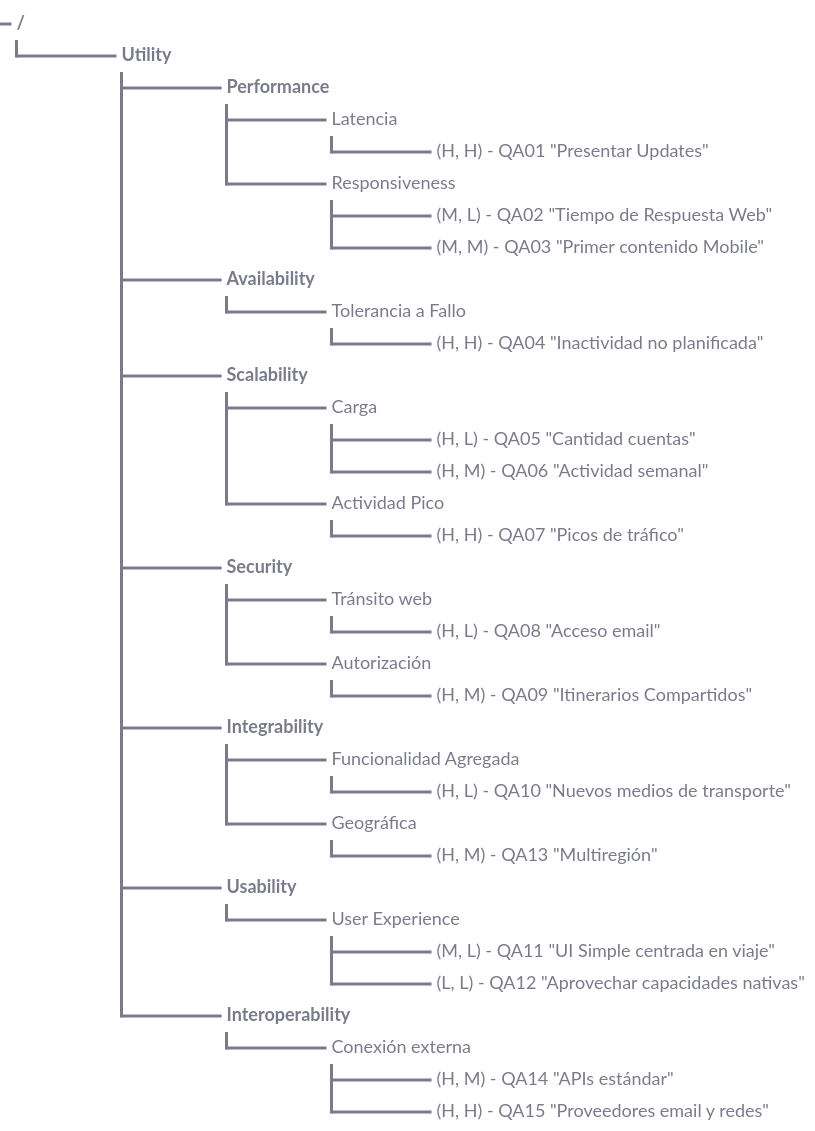
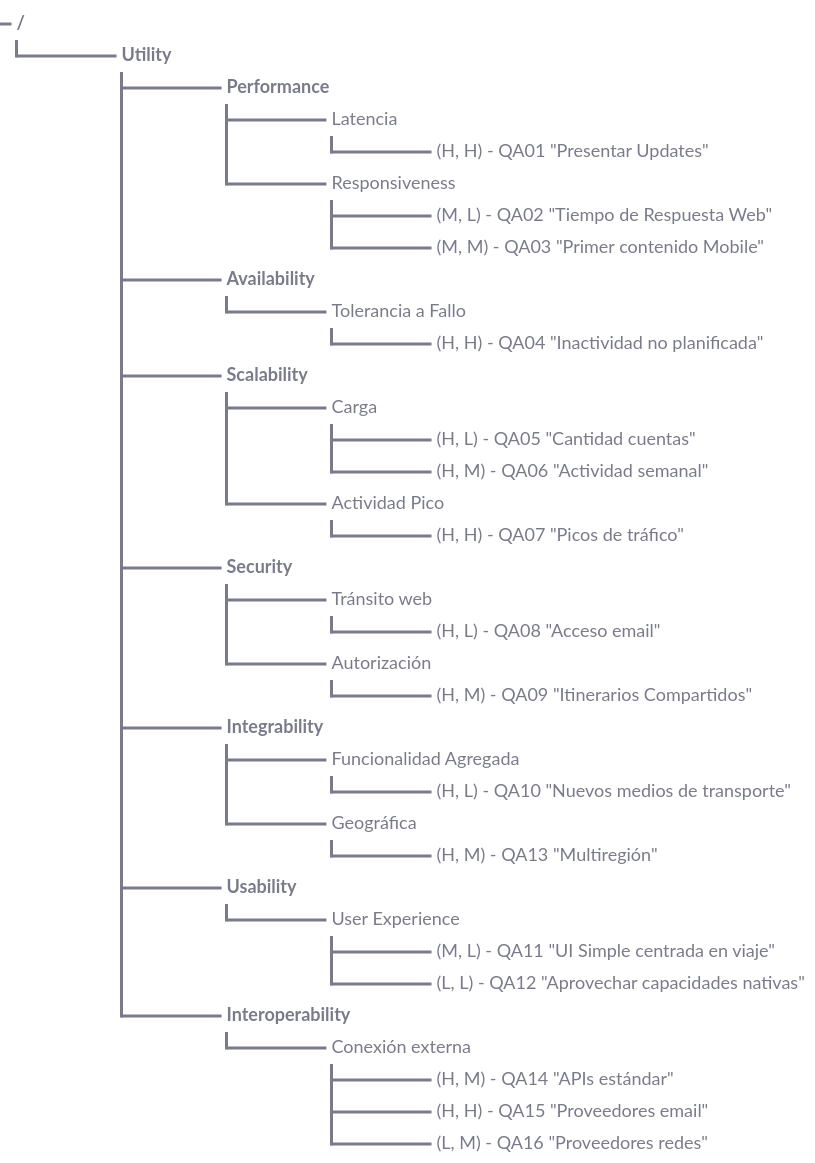
Before and after one commit to RubeKN/trotamundos: the diagram in docs/01-drivers/ArchitecturalDrivers.md, drawn with Mermaid. The commit also changed other lines of this file, not shown here.

Commit message:
separe el proveedor de email y redes porque tienen mucha diferencia de importancia

````diff
--- a/docs/01-drivers/ArchitecturalDrivers.md
+++ b/docs/01-drivers/ArchitecturalDrivers.md
@@ -272,50 +289,51 @@
 ```Mermaid
 ---
 config:
     treeView:
         rowIndent: 100
         lineThickness: 3
     themeVariables:
         treeView:
             labelFontSize: '18px'
             labelColor: '#7a7b8a'
             lineColor: '#7a7b8a'
 ---
 treeView-beta
 title Utility Tree
 
 Utility/
     Performance/
         Latencia
             (H, H) - QA01 "Presentar Updates"
         Responsiveness
             (M, L) - QA02 "Tiempo de Respuesta Web"
             (M, M) - QA03 "Primer contenido Mobile"
     Availability/
         Tolerancia a Fallo
             (H, H) - QA04 "Inactividad no planificada"
     Scalability/
         Carga
             (H, L) - QA05 "Cantidad cuentas"
             (H, M) - QA06 "Actividad semanal"
         Actividad Pico
             (H, H) - QA07 "Picos de tráfico"
     Security/
         Tránsito web
             (H, L) - QA08 "Acceso email"
         Autorización
             (H, M) - QA09 "Itinerarios Compartidos"
     Integrability/
         Funcionalidad Agregada
             (H, L) - QA10 "Nuevos medios de transporte"
         Geográfica
             (H, M) - QA13 "Multiregión"
     Usability/
         User Experience
             (M, L) - QA11 "UI Simple centrada en viaje"
             (L, L) - QA12 "Aprovechar capacidades nativas"
     Interoperability/
         Conexión externa
             (H, M) - QA14 "APIs estándar"
-            (H, H) - QA15 "Proveedores email y redes"
+            (H, H) - QA15 "Proveedores email"
+            (L, M) - QA16 "Proveedores redes"
 ```
````
